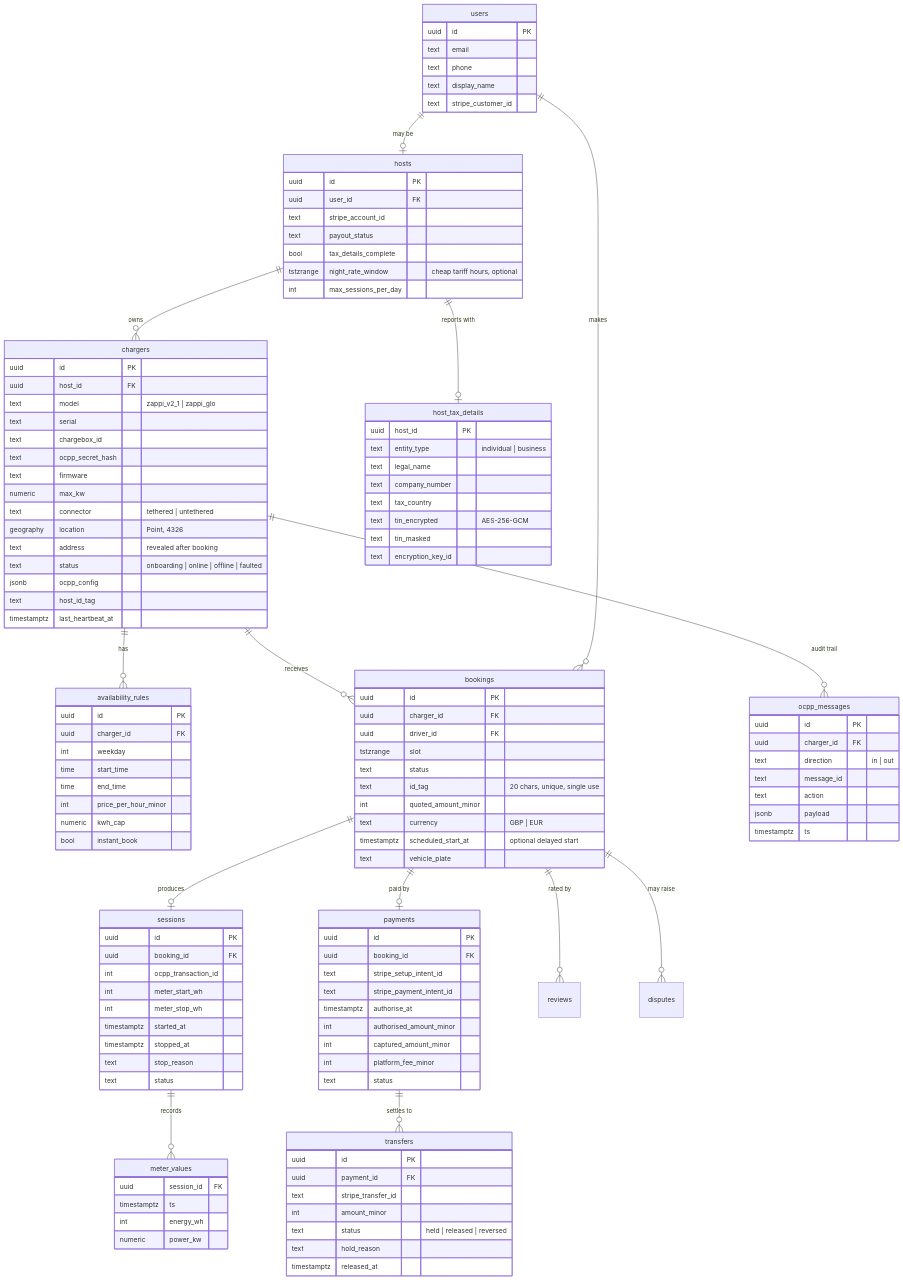
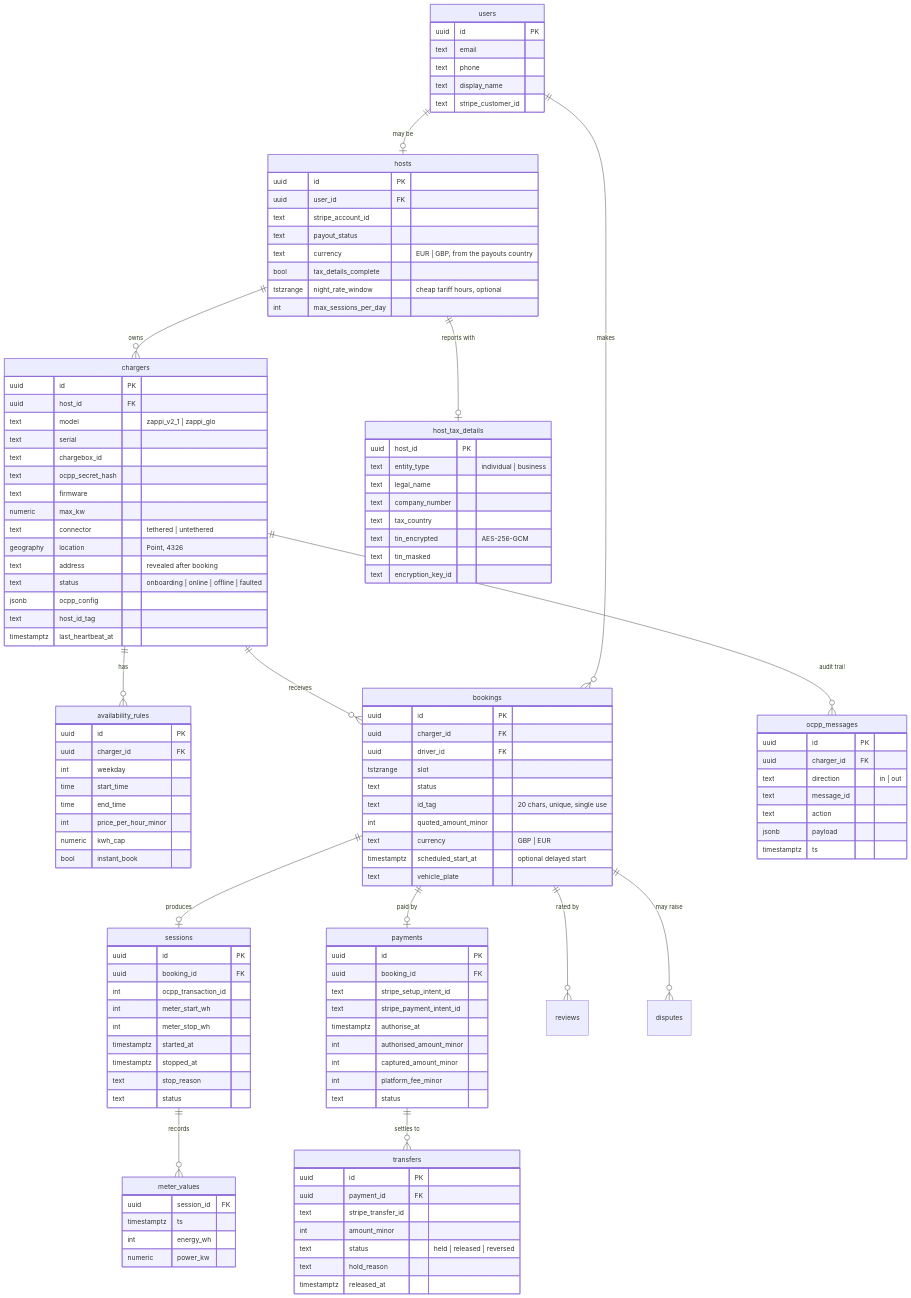
One commit to sprintengine/nd changed the second of 5 diagrams in docs/ARCHITECTURE.md. Above: the diagram before and after it, drawn with Mermaid. The commit also changed other lines of this file and 14 other files, not shown here.

First line of the commit message:
fix(api): price a host's listings in the currency of their payouts country

```diff
--- a/docs/ARCHITECTURE.md
+++ b/docs/ARCHITECTURE.md
@@ -110,6 +110,7 @@
     uuid user_id FK
     text stripe_account_id
     text payout_status
+    text currency "EUR | GBP, from the payouts country"
     bool tax_details_complete
     tstzrange night_rate_window "cheap tariff hours, optional"
     int max_sessions_per_day
```
